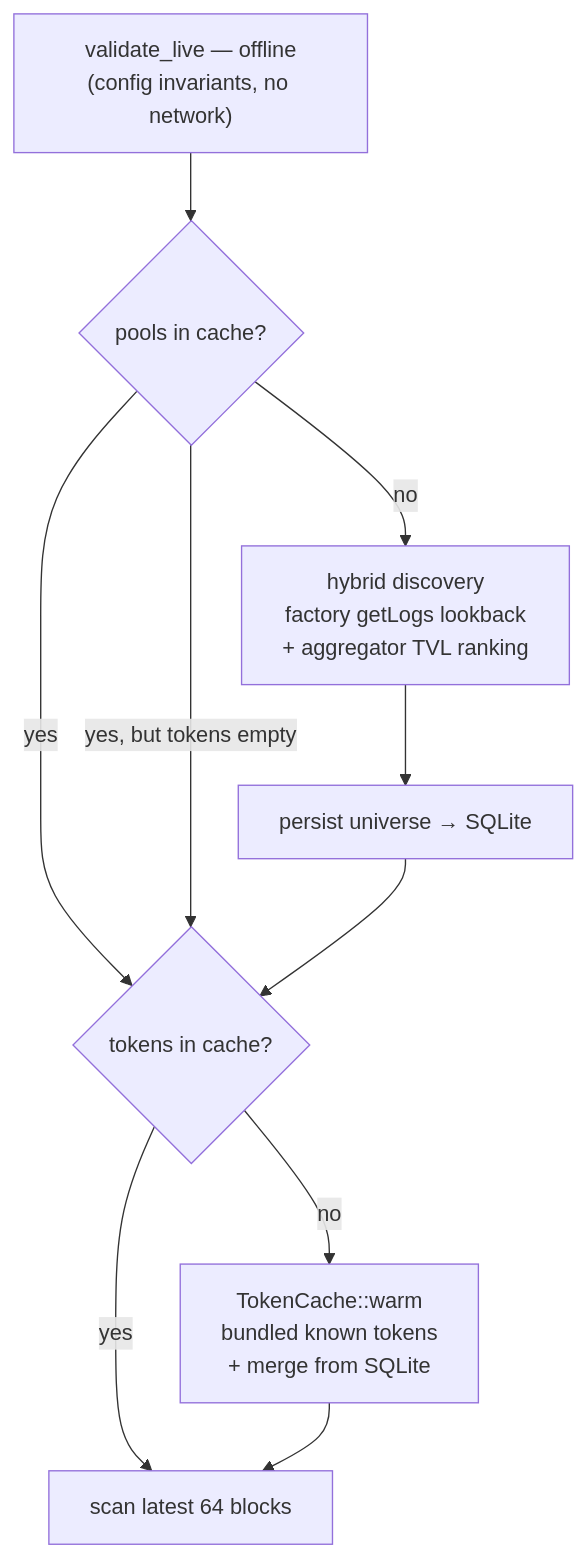
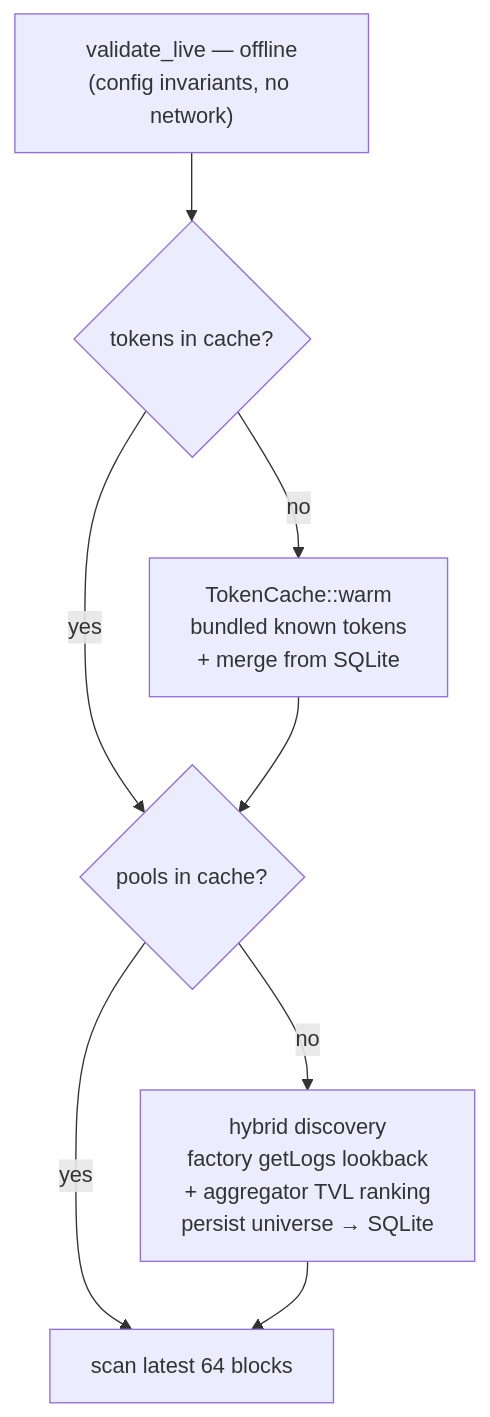
Before and after one commit to moha-moradi/mev-scout: the second of 9 diagrams in docs/CLI.md, drawn with Mermaid. The commit also changed other lines of this file and 2 other files, not shown here.

First line of the commit message:
docs: update architecture and CLI docs for explorer dashboard and bootstrap flow

````diff
--- a/docs/CLI.md
+++ b/docs/CLI.md
@@ -175,12 +179,10 @@
 ```mermaid
 flowchart TB
-    A["validate_live — offline<br/>(config invariants, no network)"] --> B{"pools in cache?"}
-    B -- "yes" --> E
-    B -- "no" --> C["hybrid discovery<br/>factory getLogs lookback<br/>+ aggregator TVL ranking"]
-    C --> D["persist universe → SQLite"]
-    B -- "yes, but tokens empty" --> E
-    D --> E{"tokens in cache?"}
-    E -- "yes" --> G
-    E -- "no" --> F["TokenCache::warm<br/>bundled known tokens<br/>+ merge from SQLite"]
-    F --> G["scan latest 64 blocks"]
+    A["validate_live — offline<br/>(config invariants, no network)"] --> B{"tokens in cache?"}
+    B -- "yes" --> D
+    B -- "no" --> C["TokenCache::warm<br/>bundled known tokens<br/>+ merge from SQLite"]
+    C --> D{"pools in cache?"}
+    D -- "yes" --> F
+    D -- "no" --> E["hybrid discovery<br/>factory getLogs lookback<br/>+ aggregator TVL ranking<br/>persist universe → SQLite"]
+    E --> F["scan latest 64 blocks"]
 ```
````
